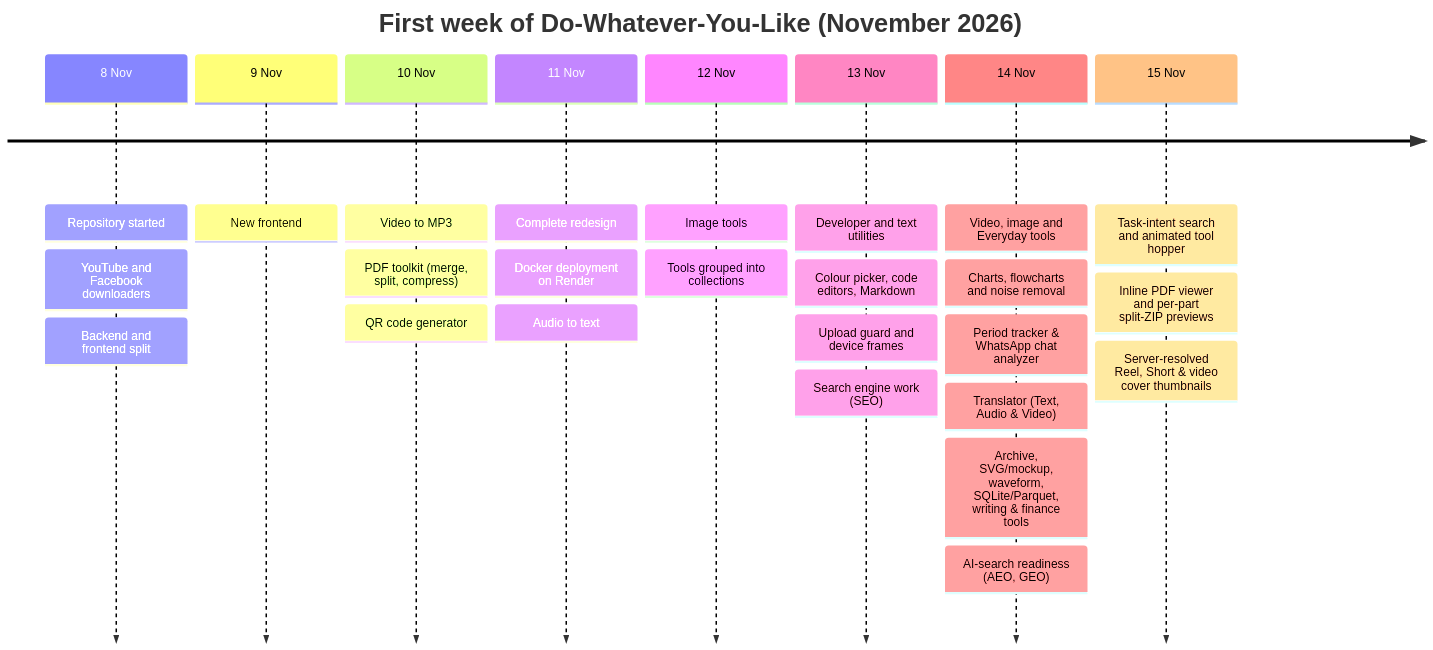
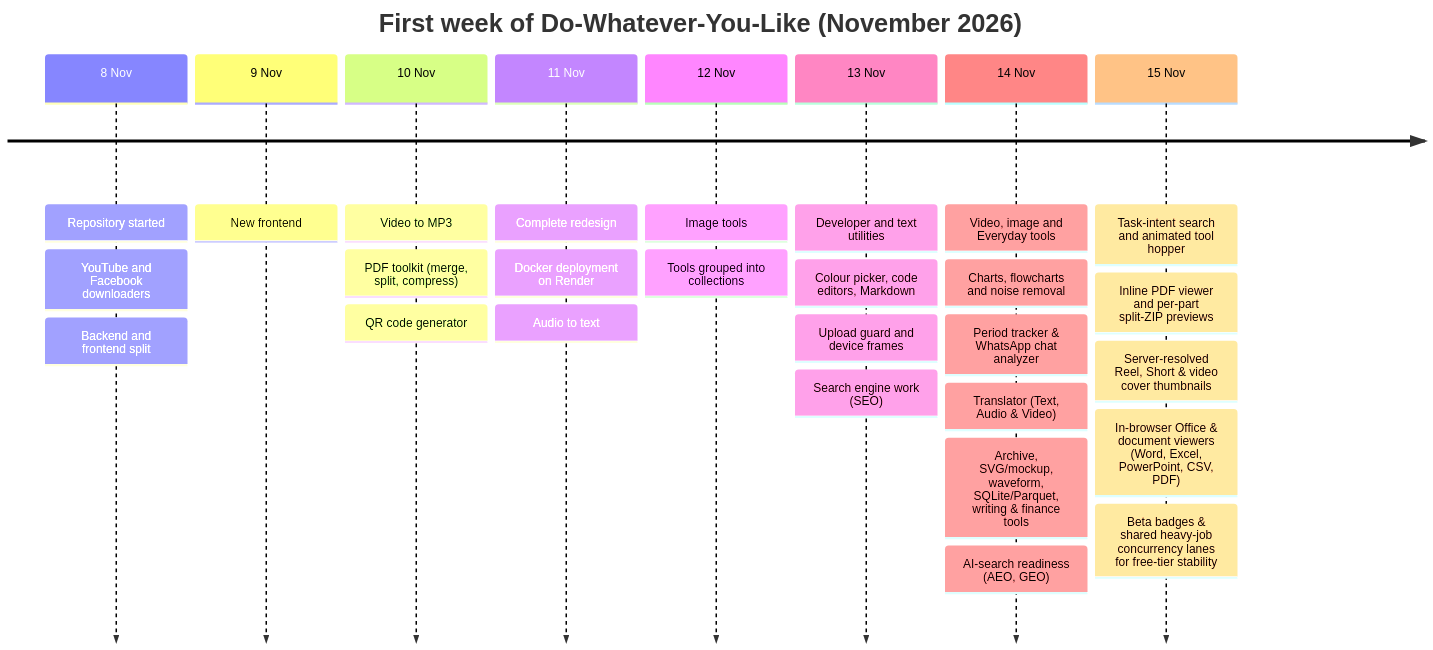
Before and after one commit to colddsam/do-whatever-you-like: the first of 3 diagrams in README.md, drawn with Mermaid. The commit also changed other lines of this file and 22 other files, not shown here.

````diff
--- a/README.md
+++ b/README.md
@@ -407,29 +414,31 @@
 ```mermaid
 timeline
     title First week of Do-Whatever-You-Like (November 2026)
     8 Nov : Repository started
           : YouTube and Facebook downloaders
           : Backend and frontend split
     9 Nov : New frontend
     10 Nov : Video to MP3
            : PDF toolkit (merge, split, compress)
            : QR code generator
     11 Nov : Complete redesign
            : Docker deployment on Render
            : Audio to text
     12 Nov : Image tools
            : Tools grouped into collections
     13 Nov : Developer and text utilities
            : Colour picker, code editors, Markdown
            : Upload guard and device frames
            : Search engine work (SEO)
     14 Nov : Video, image and Everyday tools
            : Charts, flowcharts and noise removal
            : Period tracker & WhatsApp chat analyzer
            : Translator (Text, Audio & Video)
            : Archive, SVG/mockup, waveform, SQLite/Parquet, writing & finance tools
            : AI-search readiness (AEO, GEO)
     15 Nov : Task-intent search and animated tool hopper
            : Inline PDF viewer and per-part split-ZIP previews
            : Server-resolved Reel, Short & video cover thumbnails
+           : In-browser Office & document viewers (Word, Excel, PowerPoint, CSV, PDF)
+           : Beta badges & shared heavy-job concurrency lanes for free-tier stability
 ```
````
